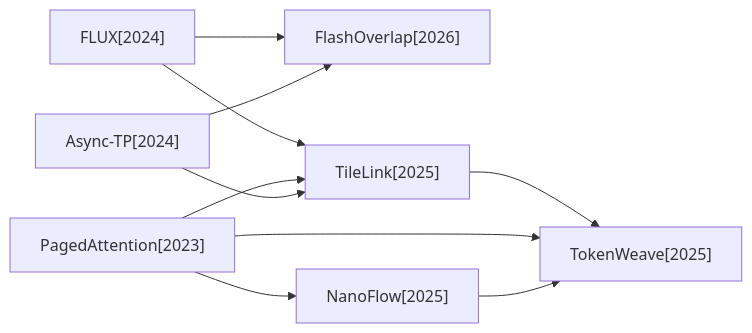
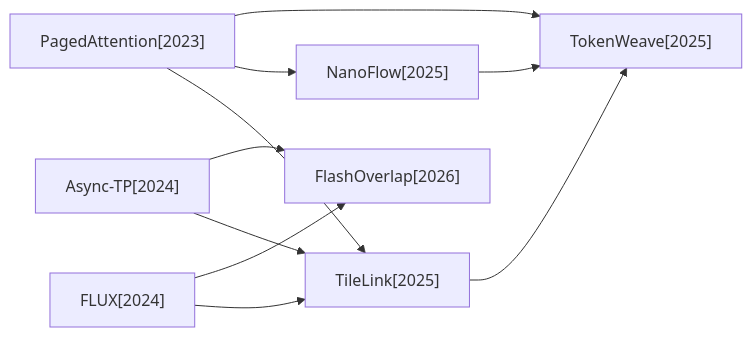
The first of 5 diagrams in docs/baseline_methods_graph.md (hustzxd/EfficientPaper), drawn with Mermaid before and after one commit. The commit also changed other lines of this file and 13 other files, not shown here.

````diff
--- a/docs/baseline_methods_graph.md
+++ b/docs/baseline_methods_graph.md
@@ -7,19 +7,19 @@
 ```mermaid
 flowchart LR
     2024_FLUX["FLUX[2024]"]
+    2025_NanoFlow["NanoFlow[2025]"]
+    2024_Async_TP["Async-TP[2024]"]
+    2025_TokenWeave["TokenWeave[2025]"]
+    2025_TileLink["TileLink[2025]"]
     2026_FlashOverlap["FlashOverlap[2026]"]
-    2025_TileLink["TileLink[2025]"]
     2023_PagedAttention["PagedAttention[2023]"]
-    2024_Async_TP["Async-TP[2024]"]
-    2025_NanoFlow["NanoFlow[2025]"]
-    2025_TokenWeave["TokenWeave[2025]"]
     2024_FLUX --> 2025_TileLink
     2024_FLUX --> 2026_FlashOverlap
+    2025_NanoFlow --> 2025_TokenWeave
+    2024_Async_TP --> 2025_TileLink
+    2024_Async_TP --> 2026_FlashOverlap
     2025_TileLink --> 2025_TokenWeave
     2023_PagedAttention --> 2025_TileLink
     2023_PagedAttention --> 2025_NanoFlow
     2023_PagedAttention --> 2025_TokenWeave
-    2024_Async_TP --> 2025_TileLink
-    2024_Async_TP --> 2026_FlashOverlap
-    2025_NanoFlow --> 2025_TokenWeave
 ```
````
